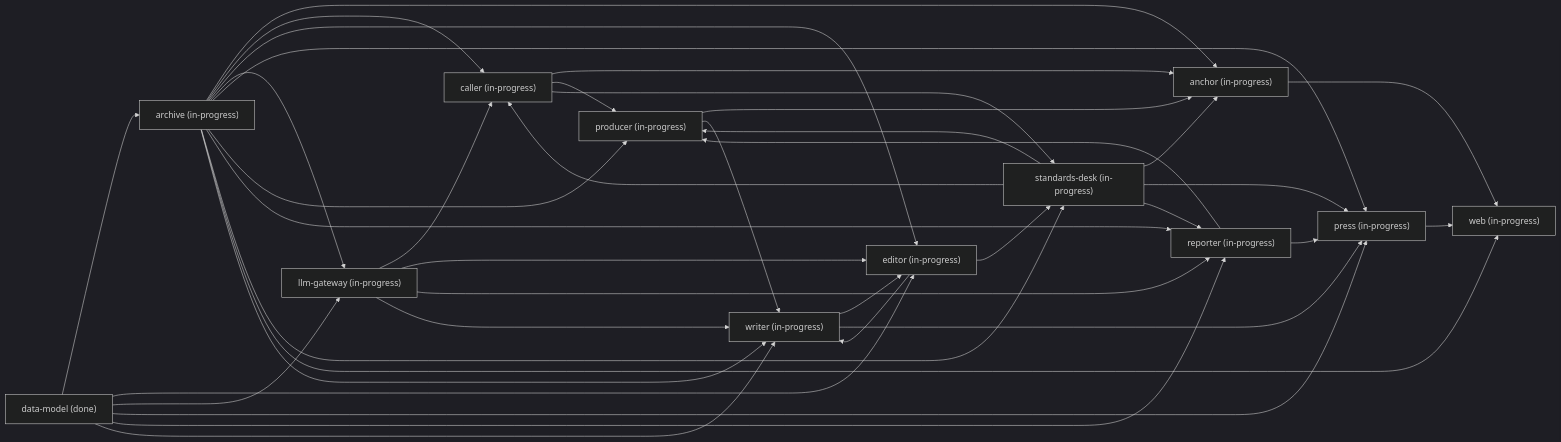
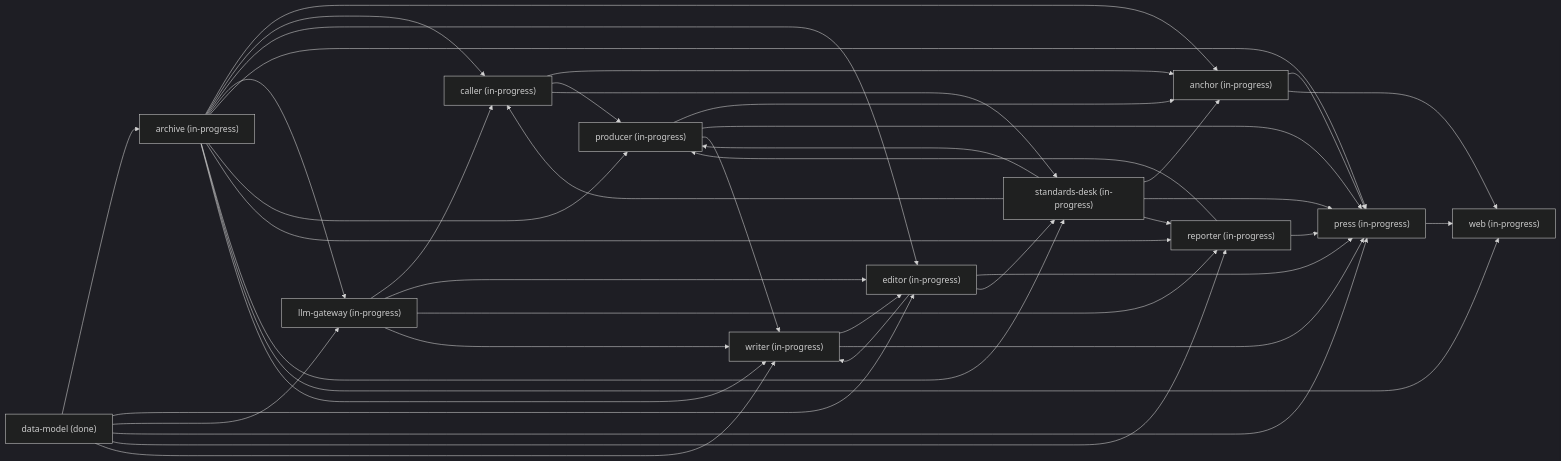
The diagram in context/GRAPH.md (Yadnu/newsroom), drawn with Mermaid (dark theme) before and after one commit. The commit also changed other lines of this file and 38 other files, not shown here.

````diff
--- a/context/GRAPH.md
+++ b/context/GRAPH.md
@@ -31,53 +31,56 @@
 ```mermaid
 flowchart LR
   anchor["anchor (in-progress)"]
   archive["archive (in-progress)"]
   caller["caller (in-progress)"]
   data_model["data-model (done)"]
   editor["editor (in-progress)"]
   llm_gateway["llm-gateway (in-progress)"]
   press["press (in-progress)"]
   producer["producer (in-progress)"]
   reporter["reporter (in-progress)"]
   standards_desk["standards-desk (in-progress)"]
   web["web (in-progress)"]
   writer["writer (in-progress)"]
+  anchor --> press
   anchor --> web
   archive --> anchor
   archive --> caller
   archive --> editor
   archive --> llm_gateway
   archive --> press
   archive --> producer
   archive --> reporter
   archive --> standards_desk
   archive --> web
   archive --> writer
   caller --> anchor
   caller --> producer
   caller --> standards_desk
   data_model --> archive
   data_model --> editor
   data_model --> llm_gateway
   data_model --> press
   data_model --> reporter
   data_model --> writer
+  editor --> press
   editor --> standards_desk
   editor --> writer
   llm_gateway --> caller
   llm_gateway --> editor
   llm_gateway --> reporter
   llm_gateway --> writer
   press --> web
   producer --> anchor
+  producer --> press
   producer --> writer
   reporter --> press
   reporter --> producer
   standards_desk --> anchor
   standards_desk --> caller
   standards_desk --> press
   standards_desk --> producer
   standards_desk --> reporter
   writer --> editor
   writer --> press
 ```
````
